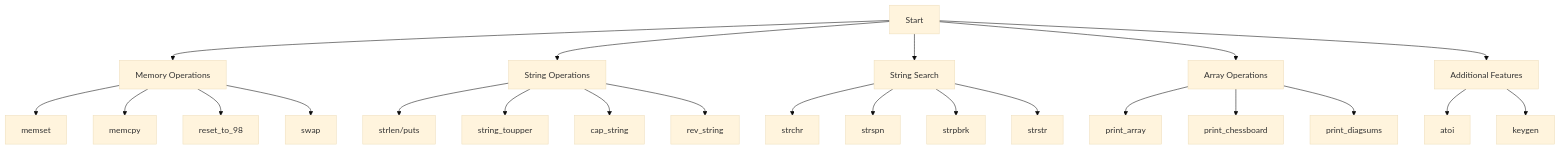
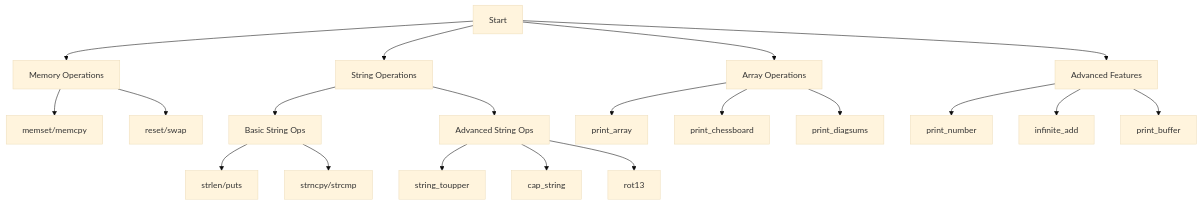
Before and after one commit to FredBourouliou/holbertonschool-low_level_programming: the diagram in pointers_arrays_strings/README.md, drawn with Mermaid (base theme). The commit also changed other lines of this file, not shown here.

Commit message:
docs: update README with advanced functions and improved organization - Add Advanced Functions section, reorganize descriptions, update flowchart

````diff
--- a/pointers_arrays_strings/README.md
+++ b/pointers_arrays_strings/README.md
@@ -71,29 +73,25 @@
 ```mermaid
 graph TD
     A[Start] --> B[Memory Operations]
-    B --> C[memset]
-    B --> D[memcpy]
-    B --> E[reset_to_98]
-    B --> F[swap]
+    B --> C[memset/memcpy]
+    B --> D[reset/swap]
     
-    A --> G[String Operations]
-    G --> H[strlen/puts]
-    G --> I[string_toupper]
-    G --> J[cap_string]
-    G --> K[rev_string]
+    A --> E[String Operations]
+    E --> F[Basic String Ops]
+    F --> G[strlen/puts]
+    F --> H[strncpy/strcmp]
+    E --> I[Advanced String Ops]
+    I --> J[string_toupper]
+    I --> K[cap_string]
+    I --> L[rot13]
     
-    A --> L[String Search]
-    L --> M[strchr]
-    L --> N[strspn]
-    L --> O[strpbrk]
-    L --> P[strstr]
+    A --> M[Array Operations]
+    M --> N[print_array]
+    M --> O[print_chessboard]
+    M --> P[print_diagsums]
     
-    A --> Q[Array Operations]
-    Q --> R[print_array]
-    Q --> S[print_chessboard]
-    Q --> T[print_diagsums]
-    
-    A --> U[Additional Features]
-    U --> V[atoi]
-    U --> W[keygen]
+    A --> Q[Advanced Features]
+    Q --> R[print_number]
+    Q --> S[infinite_add]
+    Q --> T[print_buffer]
 ```
````
